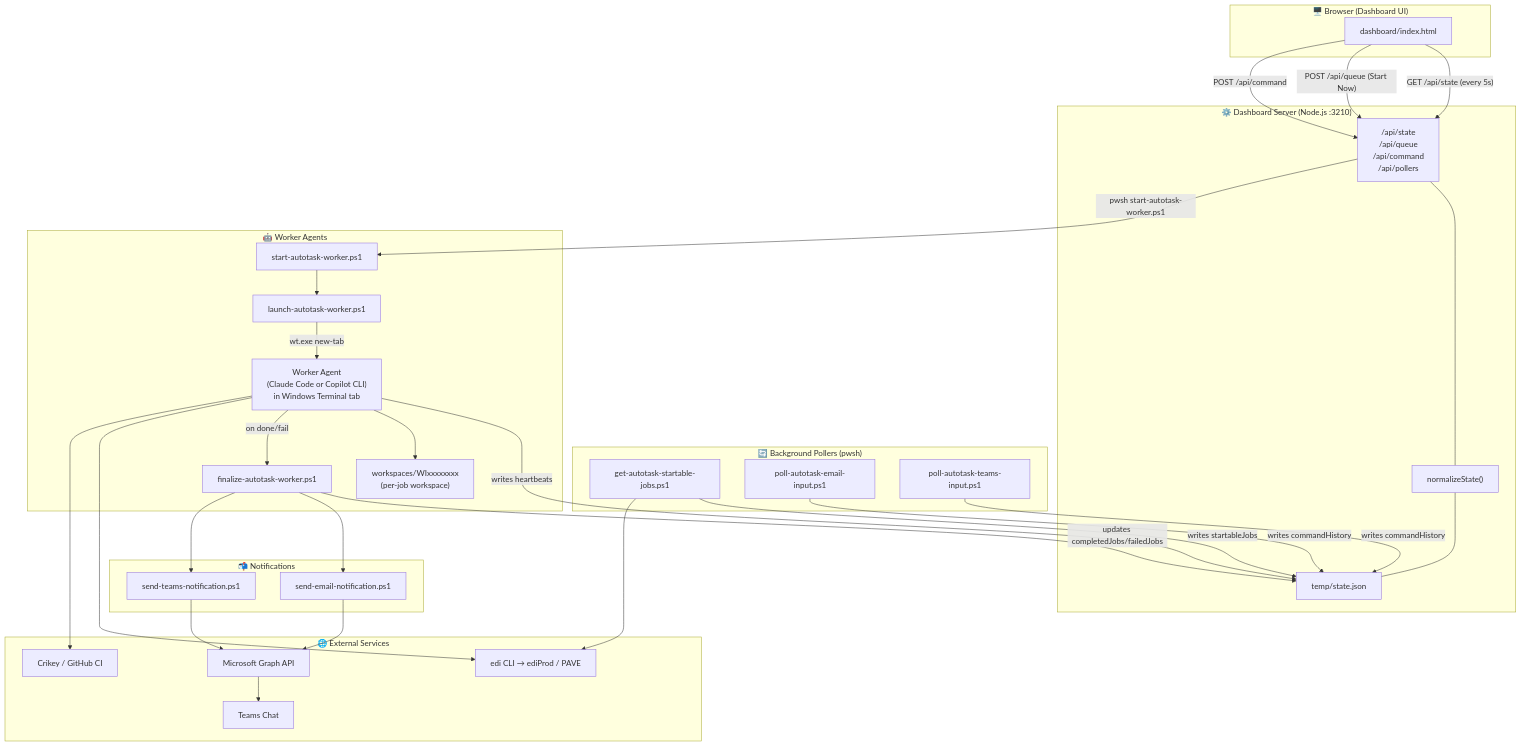
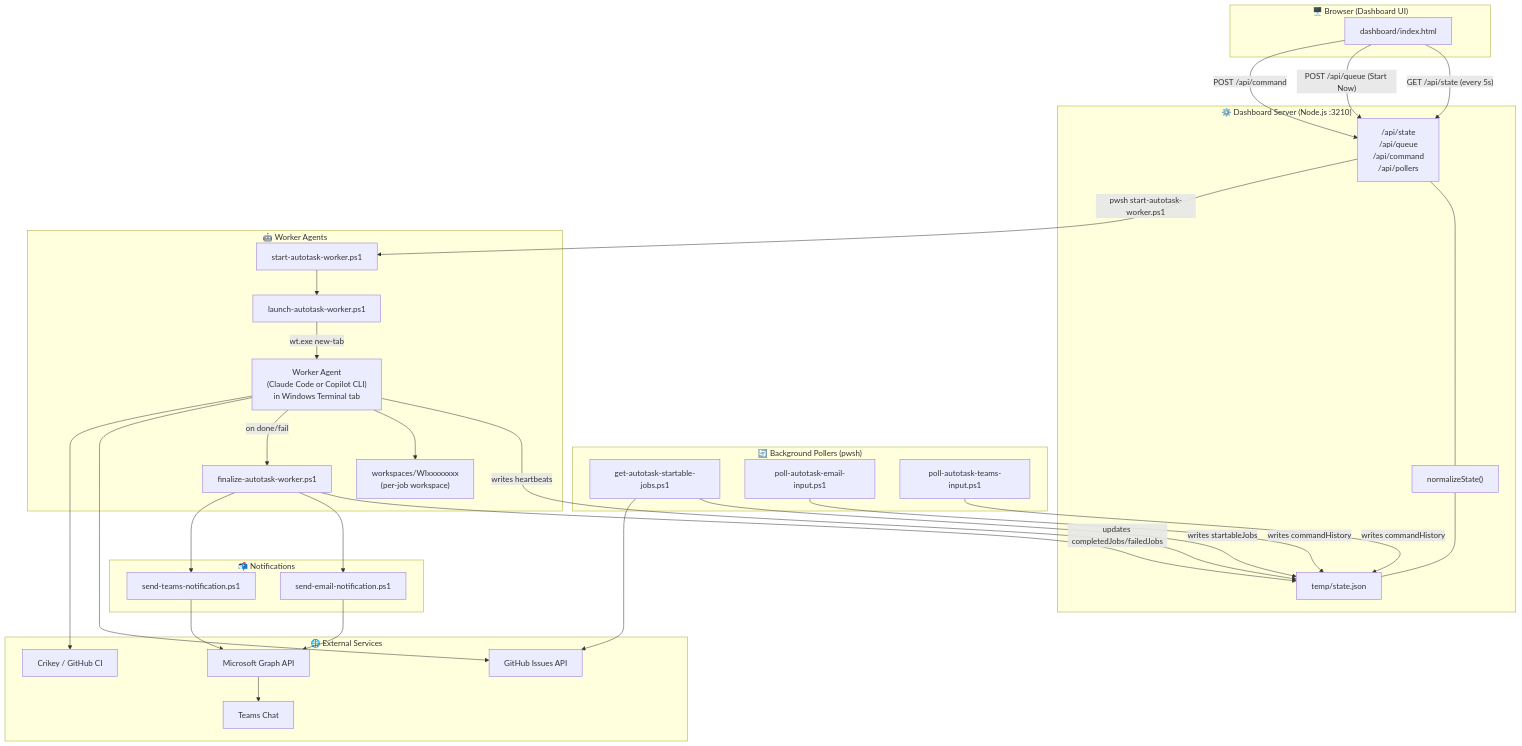
The first of 11 diagrams in docs/architecture-overview.md (cat-hoang/ai-studio), drawn with Mermaid before and after one commit. The commit also changed other lines of this file and 9 other files, not shown here.

First line of the commit message:
docs: remove WTG PAVE/OData/edi references (docs, UI, config)

````diff
--- a/docs/architecture-overview.md
+++ b/docs/architecture-overview.md
@@ -49,62 +48,62 @@
 ```mermaid
 graph TB
     subgraph Browser["🖥️ Browser (Dashboard UI)"]
         UI[dashboard/index.html]
     end
 
     subgraph Server["⚙️ Dashboard Server (Node.js :3210)"]
         API["/api/state<br>/api/queue<br>/api/command<br>/api/pollers"]
         NRM["normalizeState()"]
         STATE["temp/state.json"]
     end
 
     subgraph Pollers["🔄 Background Pollers (pwsh)"]
         PJ[get-autotask-startable-jobs.ps1]
         PE[poll-autotask-email-input.ps1]
         PT[poll-autotask-teams-input.ps1]
     end
 
     subgraph Workers["🤖 Worker Agents"]
         SW[start-autotask-worker.ps1]
         LW[launch-autotask-worker.ps1]
         WA["Worker Agent<br/>(Claude Code or Copilot CLI)<br/>in Windows Terminal tab"]
         WS["workspaces/WIxxxxxxxx<br/>(per-job workspace)"]
         FW[finalize-autotask-worker.ps1]
     end
 
     subgraph Notify["📬 Notifications"]
         EM[send-email-notification.ps1]
         TM[send-teams-notification.ps1]
     end
 
     subgraph External["🌐 External Services"]
-        EDI[edi CLI → ediProd / PAVE]
+        GH[GitHub Issues API]
         GRAPH[Microsoft Graph API]
         TEAMS[Teams Chat]
         CRIKEY[Crikey / GitHub CI]
     end
 
     UI -- "GET /api/state (every 5s)" --> API
     UI -- "POST /api/queue (Start Now)" --> API
     UI -- "POST /api/command" --> API
     API --- NRM
     NRM --- STATE
     API -- "pwsh start-autotask-worker.ps1" --> SW
     SW --> LW
     LW -- "wt.exe new-tab" --> WA
     WA -- "writes heartbeats" --> STATE
     WA --> WS
     WA -- "on done/fail" --> FW
     FW -- "updates completedJobs/failedJobs" --> STATE
     FW --> EM
     FW --> TM
     PJ -- "writes startableJobs" --> STATE
     PE -- "writes commandHistory" --> STATE
     PT -- "writes commandHistory" --> STATE
-    PJ --> EDI
+    PJ --> GH
     EM --> GRAPH
     TM --> GRAPH
     GRAPH --> TEAMS
-    WA --> EDI
+    WA --> GH
     WA --> CRIKEY
 ```
````
